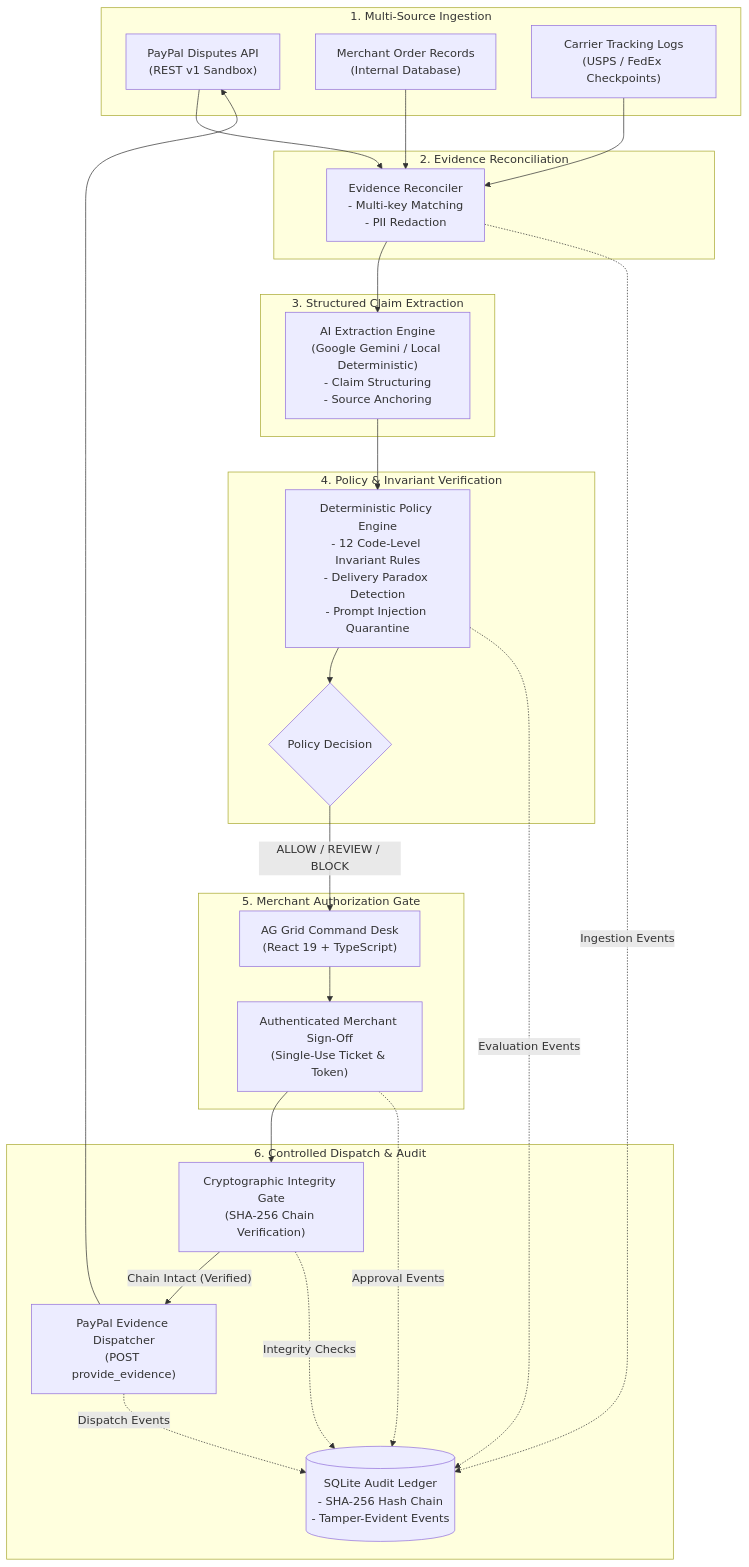
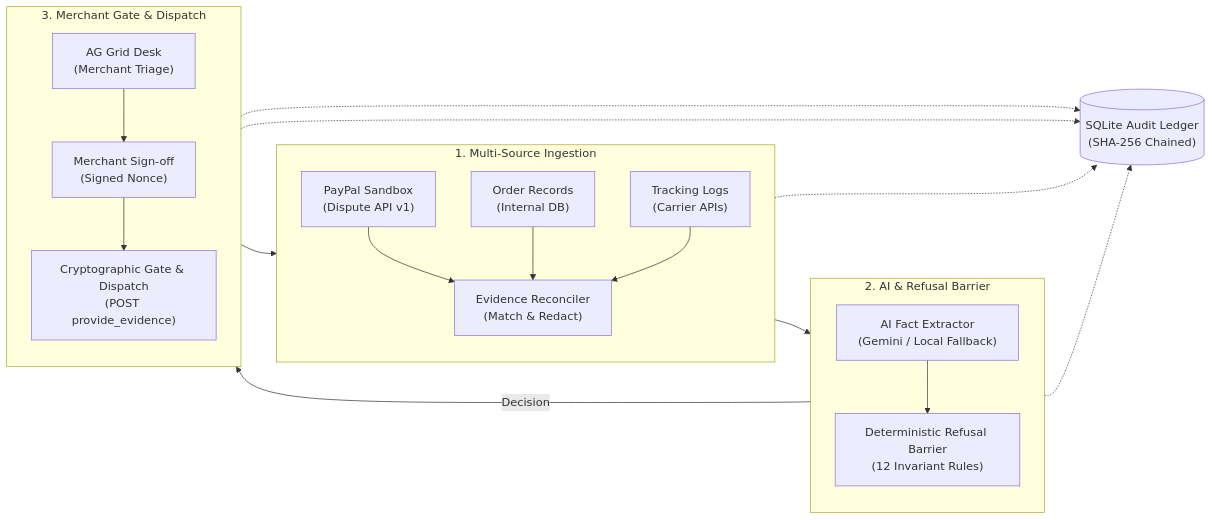
The diagram in README.md (OmkarD09/Docket), drawn with Mermaid before and after one commit. The commit also changed 8 other files, not shown here.

````diff
--- a/README.md
+++ b/README.md
@@ -84,55 +86,36 @@
 ```mermaid
-flowchart TD
+flowchart LR
     subgraph Ingestion["1. Multi-Source Ingestion"]
-        PP["PayPal Disputes API\n(REST v1 Sandbox)"]
-        ERP["Merchant Order Records\n(Internal Database)"]
-        Carrier["Carrier Tracking Logs\n(USPS / FedEx Checkpoints)"]
+        direction TB
+        PP["PayPal Sandbox\n(Dispute API v1)"]
+        ERP["Order Records\n(Internal DB)"]
+        TRK["Tracking Logs\n(Carrier APIs)"]
+        PP & ERP & TRK --> REC["Evidence Reconciler\n(Match & Redact)"]
     end
 
-    subgraph Reconciliation["2. Evidence Reconciliation"]
-        Reconciler["Evidence Reconciler\n- Multi-key Matching\n- PII Redaction"]
+    subgraph Defense["2. AI & Refusal Barrier"]
+        direction TB
+        AI["AI Fact Extractor\n(Gemini / Local Fallback)"]
+        POL["Deterministic Refusal Barrier\n(12 Invariant Rules)"]
+        AI --> POL
     end
 
-    subgraph Extraction["3. Structured Claim Extraction"]
-        Gemini["AI Extraction Engine\n(Google Gemini / Local Deterministic)\n- Claim Structuring\n- Source Anchoring"]
+    subgraph Gate["3. Merchant Gate & Dispatch"]
+        direction TB
+        DESK["AG Grid Desk\n(Merchant Triage)"]
+        AUTH["Merchant Sign-off\n(Signed Nonce)"]
+        DISP["Cryptographic Gate & Dispatch\n(POST provide_evidence)"]
+        DESK --> AUTH --> DISP
     end
 
-    subgraph Validation["4. Policy & Invariant Verification"]
-        PolicyEngine["Deterministic Policy Engine\n- 12 Code-Level Invariant Rules\n- Delivery Paradox Detection\n- Prompt Injection Quarantine"]
-        Decision{"Policy Decision"}
-    end
+    LEDGER[("SQLite Audit Ledger\n(SHA-256 Chained)")]
 
-    subgraph HumanGate["5. Merchant Authorization Gate"]
-        CommandDesk["AG Grid Command Desk\n(React 19 + TypeScript)"]
-        Merchant["Authenticated Merchant Sign-Off\n(Single-Use Ticket & Token)"]
-    end
+    REC --> AI
+    POL -- "Decision" --> DESK
+    DISP --> PP
 
-    subgraph Execution["6. Controlled Dispatch & Audit"]
-        SensitiveGate["Cryptographic Integrity Gate\n(SHA-256 Chain Verification)"]
-        Dispatcher["PayPal Evidence Dispatcher\n(POST provide_evidence)"]
-        AuditLedger[("SQLite Audit Ledger\n- SHA-256 Hash Chain\n- Tamper-Evident Events")]
-    end
-
-    PP --> Reconciler
-    ERP --> Reconciler
-    Carrier --> Reconciler
-
-    Reconciler --> Gemini
-    Gemini --> PolicyEngine
-
-    PolicyEngine --> Decision
-    Decision -- "ALLOW / REVIEW / BLOCK" --> CommandDesk
-
-    CommandDesk --> Merchant
-    Merchant --> SensitiveGate
-
-    SensitiveGate -- "Chain Intact (Verified)" --> Dispatcher
-    Dispatcher --> PP
-
-    %% Audit Ledger event bindings
-    Reconciler -.->|Ingestion Events| AuditLedger
-    PolicyEngine -.->|Evaluation Events| AuditLedger
-    Merchant -.->|Approval Events| AuditLedger
-    SensitiveGate -.->|Integrity Checks| AuditLedger
-    Dispatcher -.->|Dispatch Events| AuditLedger
+    REC -.-> LEDGER
+    POL -.-> LEDGER
+    AUTH -.-> LEDGER
+    DISP -.-> LEDGER
 ```
````
